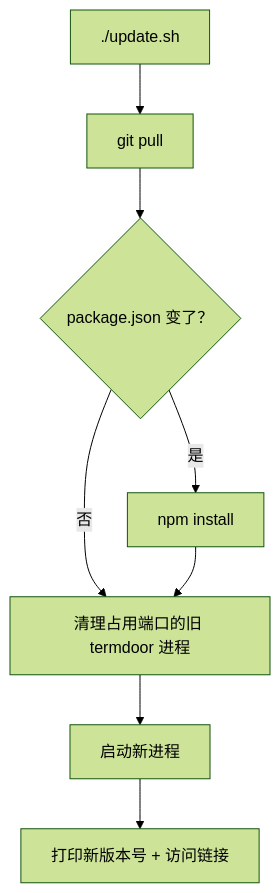
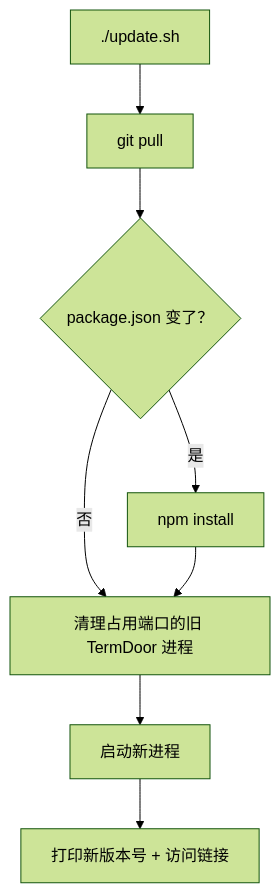
One commit to zhaosay/termdoor changed the third of 3 diagrams in README.md. Above: the diagram before and after it, drawn with Mermaid (forest theme). The commit also changed other lines of this file and 10 other files, not shown here.

First line of the commit message:
Rebrand as TermDoor with a slogan, and split upload and helpers out of app.js

````diff
--- a/README.md
+++ b/README.md
@@ -120,10 +122,10 @@
 ```mermaid
 flowchart TD
   A["./update.sh"] --> B["git pull"]
   B --> C{"package.json 变了？"}
   C -- 是 --> D["npm install"]
-  C -- 否 --> E["清理占用端口的旧 termdoor 进程"]
+  C -- 否 --> E["清理占用端口的旧 TermDoor 进程"]
   D --> E
   E --> F["启动新进程"]
   F --> G["打印新版本号 + 访问链接"]
 ```
````
